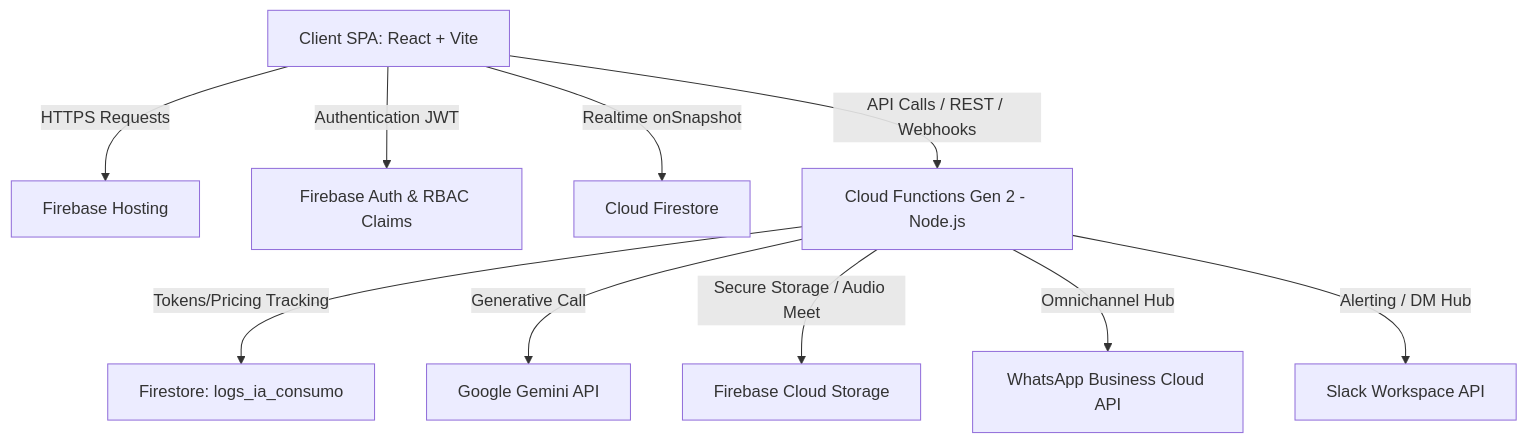
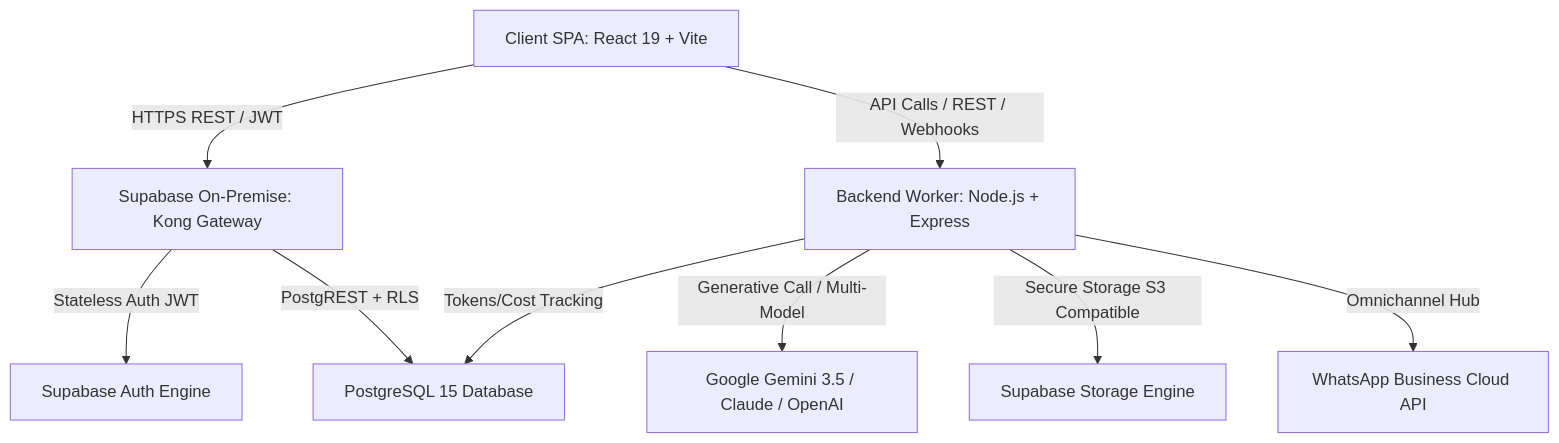
The diagram in public/docs/referencia_tecnica.md (fgreca-emprende/crm-luxia), drawn with Mermaid before and after one commit. The commit also changed other lines of this file and 41 other files, not shown here.

````diff
--- a/public/docs/referencia_tecnica.md
+++ b/public/docs/referencia_tecnica.md
@@ -11,12 +11,11 @@
 ```mermaid
 graph TD
-    A[Client SPA: React + Vite] -->|HTTPS Requests| B[Firebase Hosting]
-    A -->|Authentication JWT| C[Firebase Auth & RBAC Claims]
-    A -->|Realtime onSnapshot| D[Cloud Firestore]
-    A -->|API Calls / REST / Webhooks| E[Cloud Functions Gen 2 - Node.js]
-    E -->|Tokens/Pricing Tracking| F[Firestore: logs_ia_consumo]
-    E -->|Generative Call| G[Google Gemini API]
-    E -->|Secure Storage / Audio Meet| H[Firebase Cloud Storage]
+    A[Client SPA: React 19 + Vite] -->|HTTPS REST / JWT| B[Supabase On-Premise: Kong Gateway]
+    B -->|Stateless Auth JWT| C[Supabase Auth Engine]
+    B -->|PostgREST + RLS| D[PostgreSQL 15 Database]
+    A -->|API Calls / REST / Webhooks| E[Backend Worker: Node.js + Express]
+    E -->|Tokens/Cost Tracking| D
+    E -->|Generative Call / Multi-Model| G[Google Gemini 3.5 / Claude / OpenAI]
+    E -->|Secure Storage S3 Compatible| H[Supabase Storage Engine]
     E -->|Omnichannel Hub| I[WhatsApp Business Cloud API]
-    E -->|Alerting / DM Hub| J[Slack Workspace API]
 ```
````
